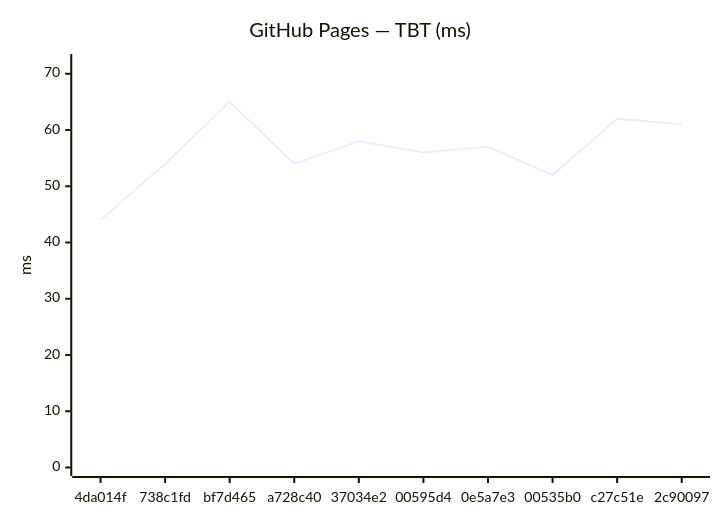
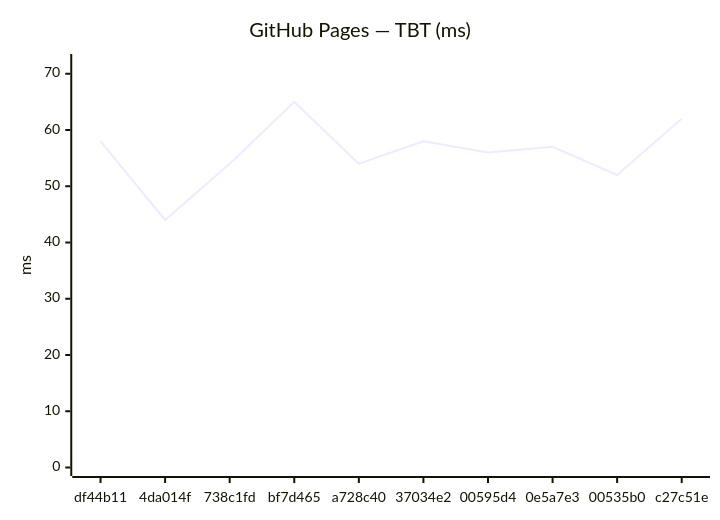
One commit to Metaheurist/Rianell changed the fourth of 24 diagrams in benchmarks/compare.md. Above: the diagram before and after it, drawn with Mermaid. The commit also changed other lines of this file and 12 other files, not shown here.

````diff
--- a/benchmarks/compare.md
+++ b/benchmarks/compare.md
@@ -61,7 +61,7 @@
 ```mermaid
 xychart-beta
     title "GitHub Pages — TBT (ms)"
-    x-axis ["4da014f", "738c1fd", "bf7d465", "a728c40", "37034e2", "00595d4", "0e5a7e3", "00535b0", "c27c51e", "2c90097"]
+    x-axis ["df44b11", "4da014f", "738c1fd", "bf7d465", "a728c40", "37034e2", "00595d4", "0e5a7e3", "00535b0", "c27c51e"]
     y-axis "ms" 0 --> 72
-    line [44, 54, 65, 54, 58, 56, 57, 52, 62, 61]
+    line [58, 44, 54, 65, 54, 58, 56, 57, 52, 62]
 ```
````
